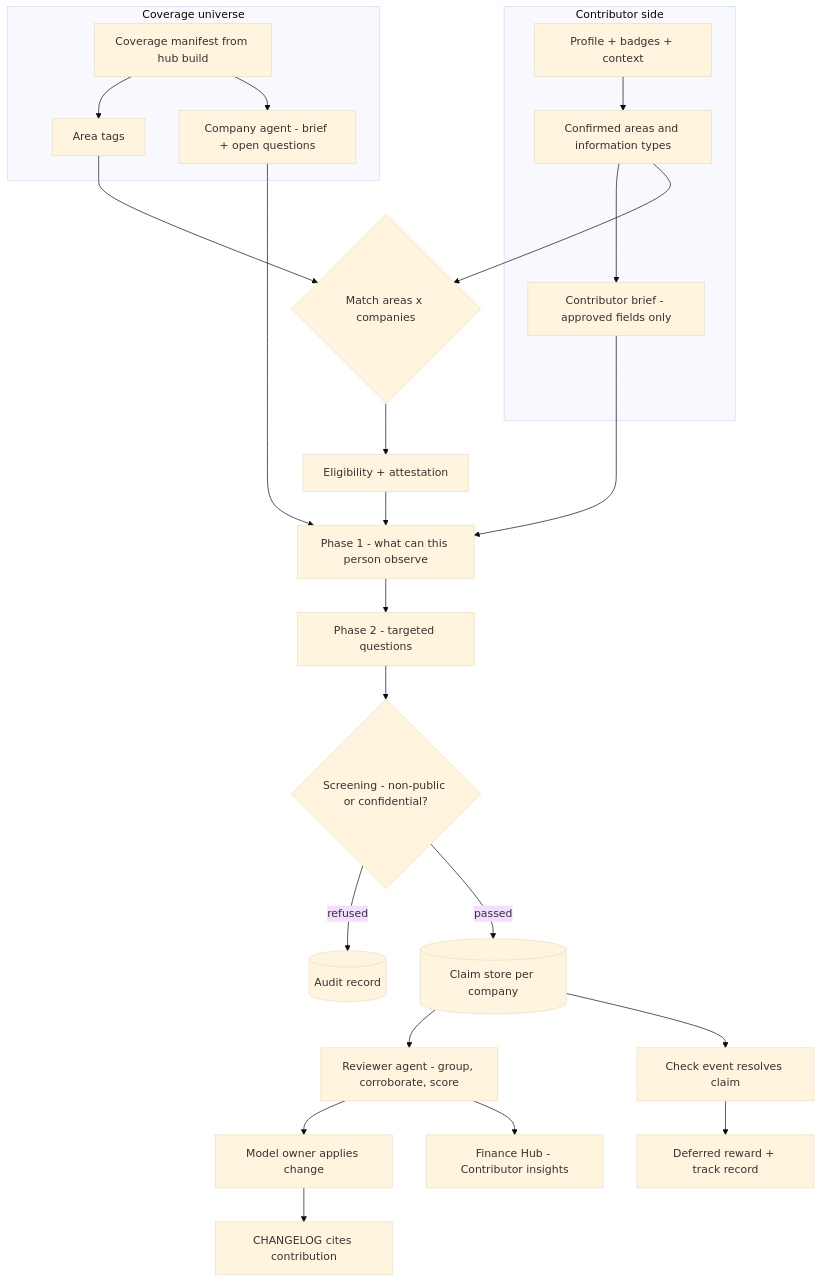
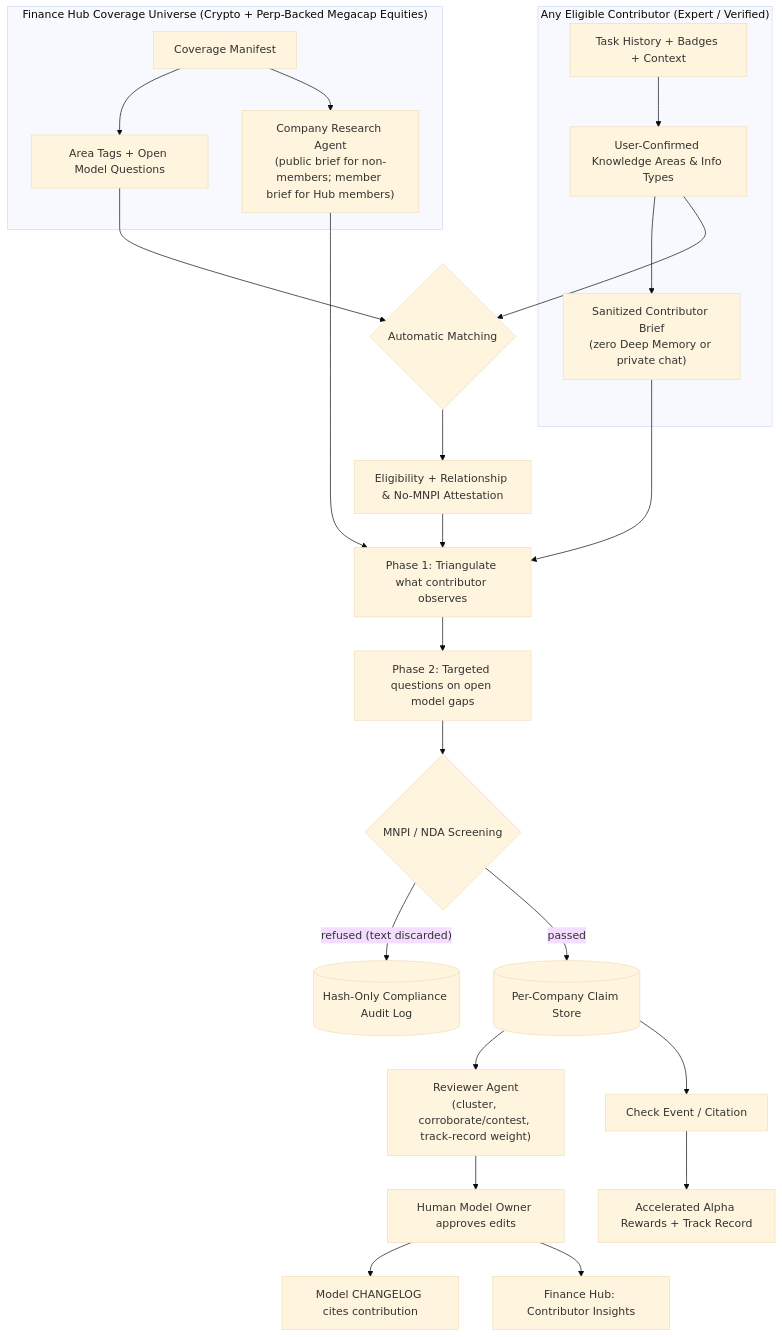
The diagram in big_milestone/pillars/10-information-hive-mind.md (postfiatorg/postfiatl1v2), drawn with Mermaid (base theme) before and after one commit. The commit also changed other lines of this file and 45 other files, not shown here.

````diff
--- a/big_milestone/pillars/10-information-hive-mind.md
+++ b/big_milestone/pillars/10-information-hive-mind.md
@@ -47,27 +19,27 @@
 ```mermaid
 flowchart TB
-    subgraph Contributor side
-      P["Profile + badges + context"] --> KA["Confirmed areas and information types"]
-      KA --> CB["Contributor brief - approved fields only"]
+    subgraph Contributor["Any Eligible Contributor (Expert / Verified)"]
+      P["Task History + Badges + Context"] --> KA["User-Confirmed Knowledge Areas & Info Types"]
+      KA --> CB["Sanitized Contributor Brief<br/>(zero Deep Memory or private chat)"]
     end
-    subgraph Coverage universe
-      CU["Coverage manifest from hub build"] --> CA[Area tags]
-      CU --> AG["Company agent - brief + open questions"]
+    subgraph Universe["Finance Hub Coverage Universe (Crypto + Perp-Backed Megacap Equities)"]
+      CU["Coverage Manifest"] --> TAGS["Area Tags + Open Model Questions"]
+      CU --> AG["Company Research Agent<br/>(public brief for non-members; member brief for Hub members)"]
     end
-    KA --> MATCH{"Match areas x companies"}
-    CA --> MATCH
-    MATCH --> ATT["Eligibility + attestation"]
-    ATT --> Q1["Phase 1 - what can this person observe"]
+    KA --> MATCH{"Automatic Matching"}
+    TAGS --> MATCH
+    MATCH --> ATT["Eligibility + Relationship & No-MNPI Attestation"]
+    ATT --> Q1["Phase 1: Triangulate what contributor observes"]
     CB --> Q1
     AG --> Q1
-    Q1 --> Q2["Phase 2 - targeted questions"]
-    Q2 --> SCR{"Screening - non-public or confidential?"}
-    SCR -- refused --> LOG[("Audit record")]
-    SCR -- passed --> CS[("Claim store per company")]
-    CS --> RA["Reviewer agent - group, corroborate, score"]
-    RA --> OWN["Model owner applies change"]
-    OWN --> CL["CHANGELOG cites contribution"]
-    CS --> CHK["Check event resolves claim"]
-    CHK --> RW["Deferred reward + track record"]
-    RA --> FH["Finance Hub - Contributor insights"]
+    Q1 --> Q2["Phase 2: Targeted questions on open model gaps"]
+    Q2 --> SCR{"MNPI / NDA Screening"}
+    SCR -- "refused (text discarded)" --> LOG[("Hash-Only Compliance Audit Log")]
+    SCR -- "passed" --> CS[("Per-Company Claim Store")]
+    CS --> RA["Reviewer Agent<br/>(cluster, corroborate/contest, track-record weight)"]
+    RA --> OWN["Human Model Owner approves edits"]
+    OWN --> CL["Model CHANGELOG cites contribution"]
+    OWN --> FH["Finance Hub: Contributor Insights"]
+    CS --> CHK["Check Event / Citation"]
+    CHK --> RW["Accelerated Alpha Rewards + Track Record"]
 ```
````
